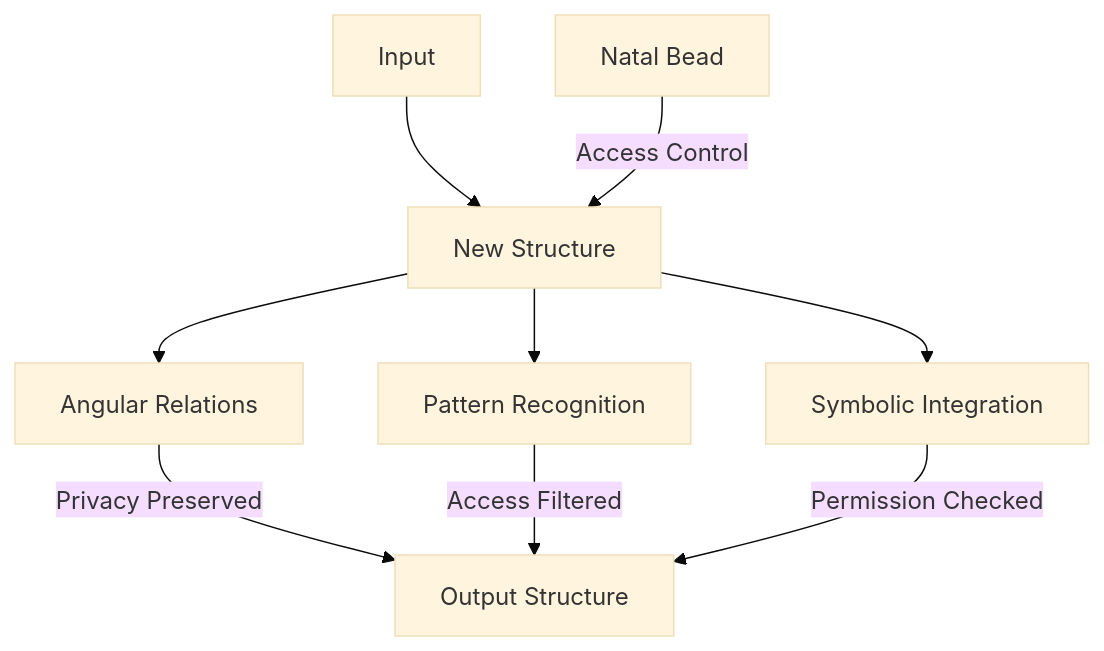
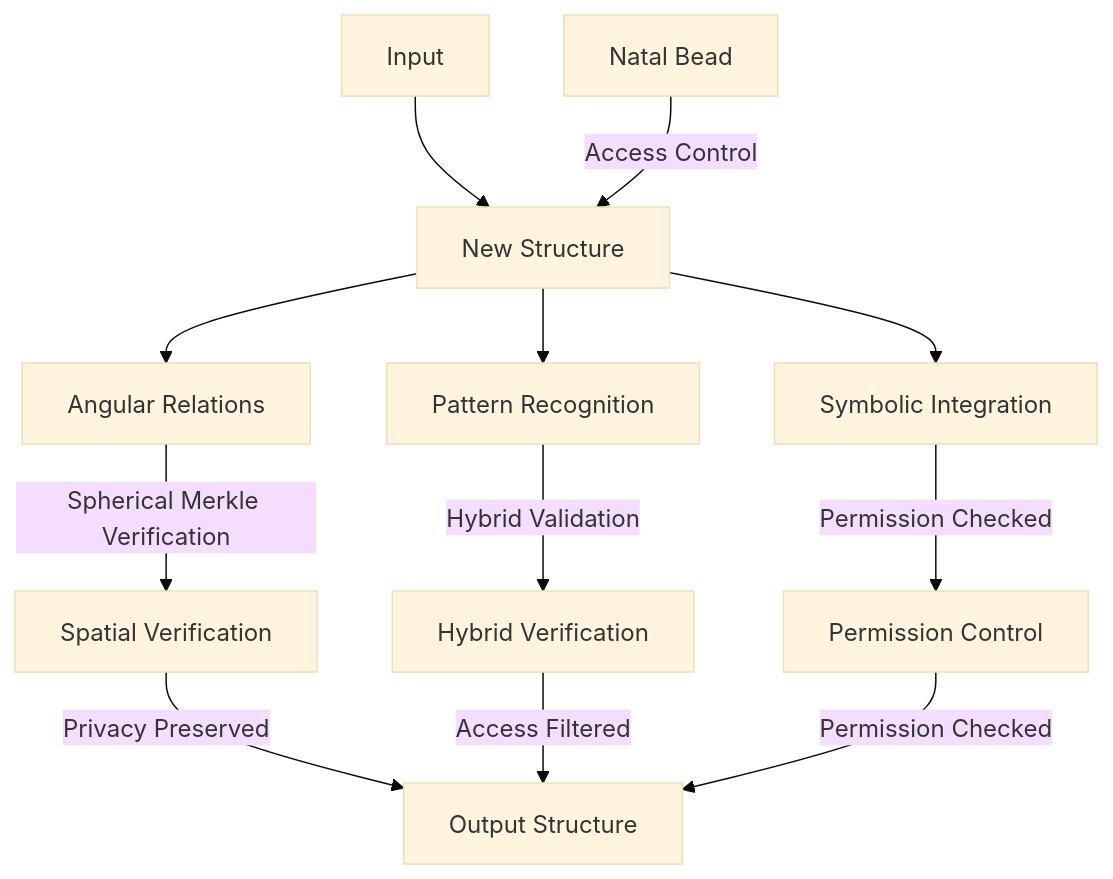
The second of 3 diagrams in docs/2. the cybernetic system/memorativa-2-17-natal-glass-beads.md (heavyblotto/memorativa), drawn with Mermaid (base theme) before and after one commit. The commit also changed other lines of this file and 71 other files, not shown here.

````diff
--- a/docs/2. the cybernetic system/memorativa-2-17-natal-glass-beads.md
+++ b/docs/2. the cybernetic system/memorativa-2-17-natal-glass-beads.md
@@ -125,13 +183,17 @@
 ```mermaid
 graph TD
     I[Input] --> NS[New Structure]
     NB[Natal Bead] --> |Access Control| NS
     
     NS --> AR[Angular Relations]
     NS --> PR[Pattern Recognition]
     NS --> SI[Symbolic Integration]
     
-    AR --> |Privacy Preserved| O[Output Structure]
-    PR --> |Access Filtered| O
-    SI --> |Permission Checked| O
+    AR --> |Spherical Merkle Verification| SMV[Spatial Verification]
+    PR --> |Hybrid Validation| HV[Hybrid Verification]
+    SI --> |Permission Checked| PC[Permission Control]
+    
+    SMV --> |Privacy Preserved| O[Output Structure]
+    HV --> |Access Filtered| O
+    PC --> |Permission Checked| O
 ```
````
